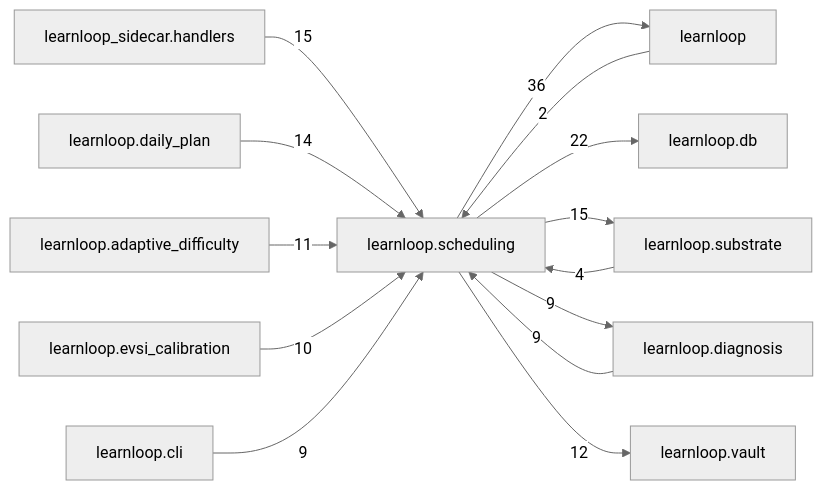
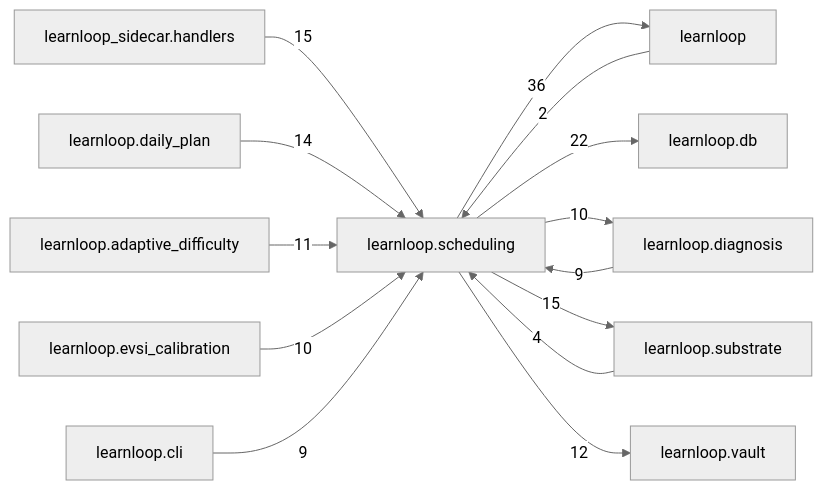
Before and after one commit to 6up-b/learnanything: the diagram in docs/learnloop-architecture-vault/Reference/Modules/learnloop/scheduling/_package.md, drawn with Mermaid (neutral theme). The commit also changed other lines of this file and 29 other files, not shown here.

````diff
--- a/docs/learnloop-architecture-vault/Reference/Modules/learnloop/scheduling/_package.md
+++ b/docs/learnloop-architecture-vault/Reference/Modules/learnloop/scheduling/_package.md
@@ -172,27 +172,27 @@
 ```mermaid
 flowchart LR
     center["learnloop.scheduling"]
     n_learnloop["learnloop"]
     n_learnloop_db["learnloop.db"]
+    n_learnloop_diagnosis["learnloop.diagnosis"]
     n_learnloop_substrate["learnloop.substrate"]
-    n_learnloop_diagnosis["learnloop.diagnosis"]
     n_learnloop_sidecar_handlers["learnloop_sidecar.handlers"]
     n_learnloop_daily_plan["learnloop.daily_plan"]
     n_learnloop_vault["learnloop.vault"]
     n_learnloop_adaptive_difficulty["learnloop.adaptive_difficulty"]
     n_learnloop_evsi_calibration["learnloop.evsi_calibration"]
     n_learnloop_cli["learnloop.cli"]
     n_learnloop -->|2| center
     center -->|36| n_learnloop
     center -->|22| n_learnloop_db
+    n_learnloop_diagnosis -->|9| center
+    center -->|10| n_learnloop_diagnosis
     n_learnloop_substrate -->|4| center
     center -->|15| n_learnloop_substrate
-    n_learnloop_diagnosis -->|9| center
-    center -->|9| n_learnloop_diagnosis
     n_learnloop_sidecar_handlers -->|15| center
     n_learnloop_daily_plan -->|14| center
     center -->|12| n_learnloop_vault
     n_learnloop_adaptive_difficulty -->|11| center
     n_learnloop_evsi_calibration -->|10| center
     n_learnloop_cli -->|9| center
 ```
````
